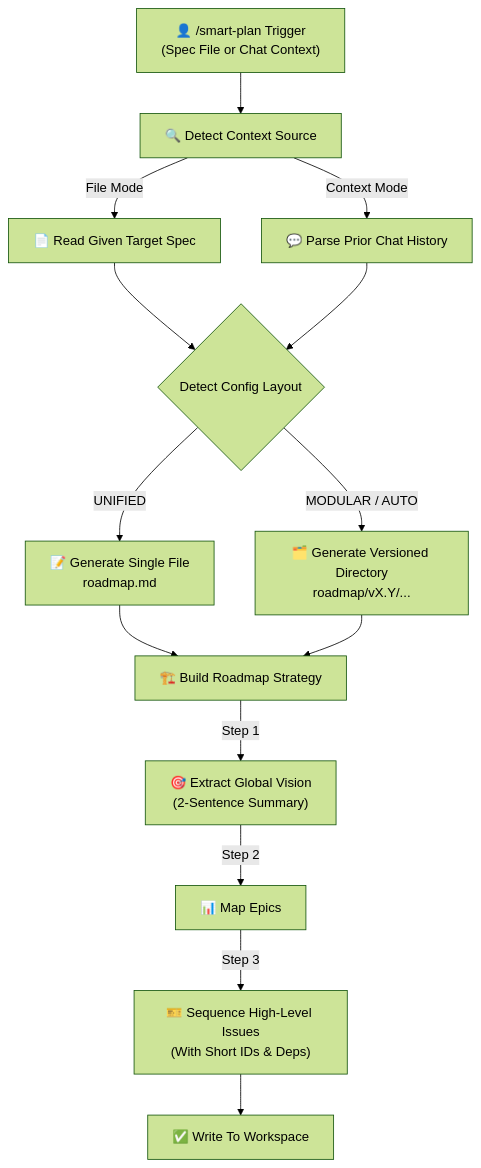
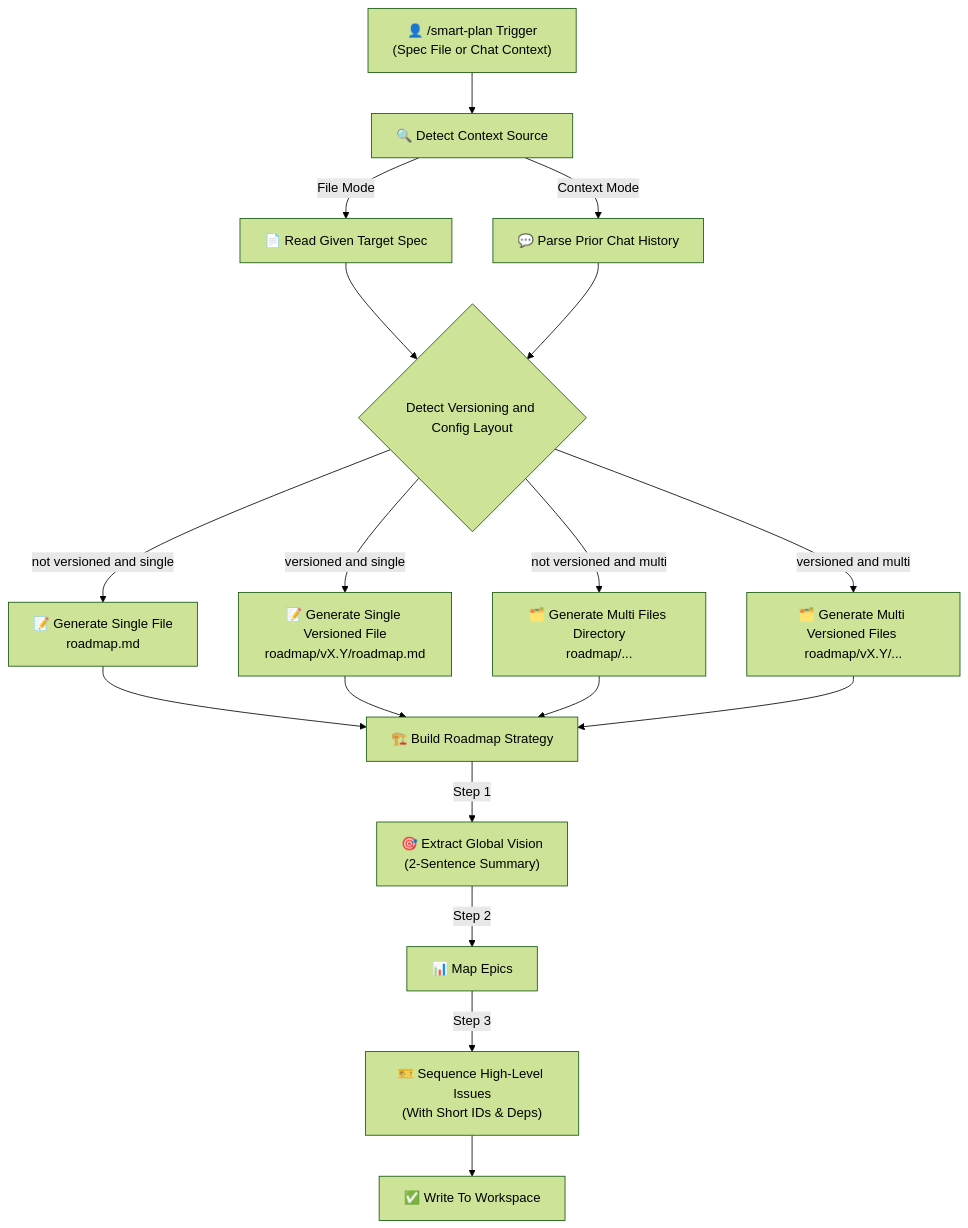
The diagram in docs/pipelines/smart_plan.md (fletort/smart-ai-factory), drawn with Mermaid (forest theme) before and after one commit. The commit also changed other lines of this file, not shown here.

````diff
--- a/docs/pipelines/smart_plan.md
+++ b/docs/pipelines/smart_plan.md
@@ -13,22 +13,26 @@
 ```mermaid
 graph TD
     Input["👤 /smart-plan Trigger<br/>(Spec File or Chat Context)"] --> Source["🔍 Detect Context Source"]
 
     Source -->|File Mode| ReadFile["📄 Read Given Target Spec"]
     Source -->|Context Mode| ReadChat["💬 Parse Prior Chat History"]
 
-    ReadFile --> Strategy{"Detect Config Layout"}
+    ReadFile --> Strategy{"Detect Versioning and Config Layout"}
     ReadChat --> Strategy
 
-    Strategy -->|UNIFIED| Single["📝 Generate Single File<br/>roadmap.md"]
-    Strategy -->|MODULAR / AUTO| Multi["🗂️ Generate Versioned Directory<br/>roadmap/vX.Y/..."]
+    Strategy -->|not versioned and single| Single["📝 Generate Single File<br/>roadmap.md"]
+    Strategy -->|versioned and single| SingleVer["📝 Generate Single Versioned File<br/>roadmap/vX.Y/roadmap.md"]
+    Strategy -->|not versioned and multi| Multi["🗂️ Generate Multi Files Directory<br/>roadmap/..."]
+    Strategy -->|versioned and multi| MultiVer["🗂️ Generate Multi Versioned Files <br/>roadmap/vX.Y/..."]
 
     Single --> Process["🏗️ Build Roadmap Strategy"]
+    SingleVer --> Process
     Multi --> Process
+    MultiVer --> Process
 
     Process -->|Step 1| Vision["🎯 Extract Global Vision<br/>(2-Sentence Summary)"]
     Vision -->|Step 2| Epics["📊 Map Epics"]
     Epics -->|Step 3| Issues["🎫 Sequence High-Level Issues<br/>(With Short IDs & Deps)"]
 
     Issues --> Output["✅ Write To Workspace"]
 ```
````
